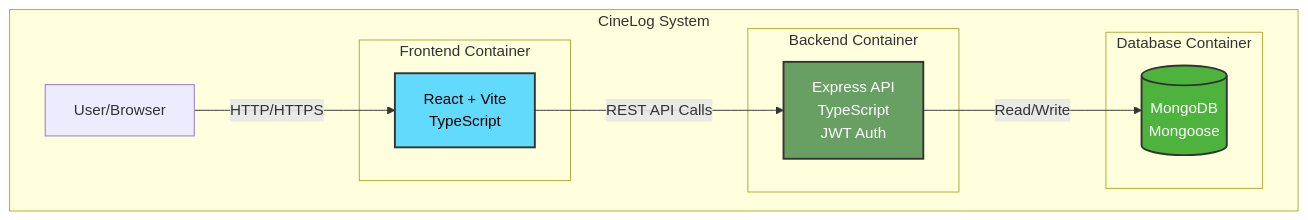
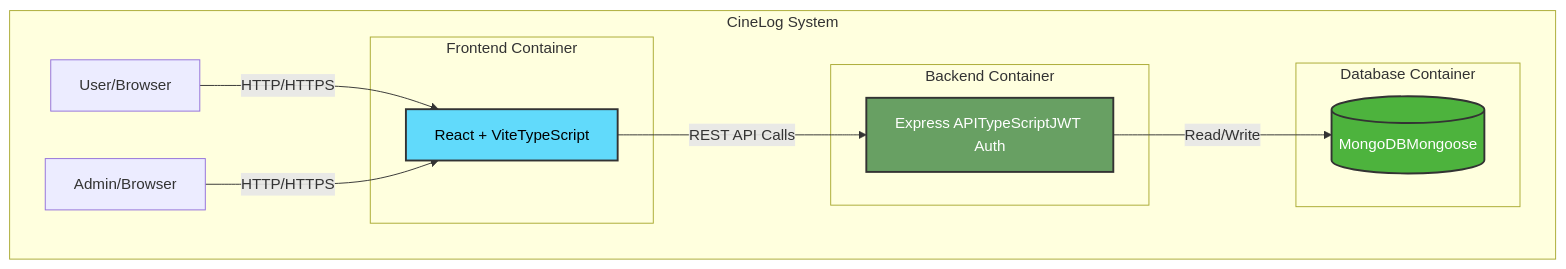
Before and after one commit to caglar422/cinelog: the first of 3 diagrams in README.md, drawn with Mermaid. The commit also changed other lines of this file, not shown here.

Commit message:
Update README with admin panel, testing and new features documentation

````diff
--- a/README.md
+++ b/README.md
@@ -82,26 +94,28 @@
 ```mermaid
 graph TB
     subgraph "CineLog System"
         User[User/Browser]
+        Admin[Admin/Browser]
         
         subgraph "Frontend Container"
-            React[React + Vite<br/>TypeScript]
+            React[React + ViteTypeScript]
         end
         
         subgraph "Backend Container"
-            API[Express API<br/>TypeScript<br/>JWT Auth]
+            API[Express APITypeScriptJWT Auth]
         end
         
         subgraph "Database Container"
-            MongoDB[(MongoDB<br/>Mongoose)]
+            MongoDB[(MongoDBMongoose)]
         end
     end
     
     User -->|HTTP/HTTPS| React
+    Admin -->|HTTP/HTTPS| React
     React -->|REST API Calls| API
     API -->|Read/Write| MongoDB
     
     style React fill:#61DAFB,stroke:#333,stroke-width:2px,color:#000
     style API fill:#68A063,stroke:#333,stroke-width:2px,color:#fff
     style MongoDB fill:#4DB33D,stroke:#333,stroke-width:2px,color:#fff
 ```
````
